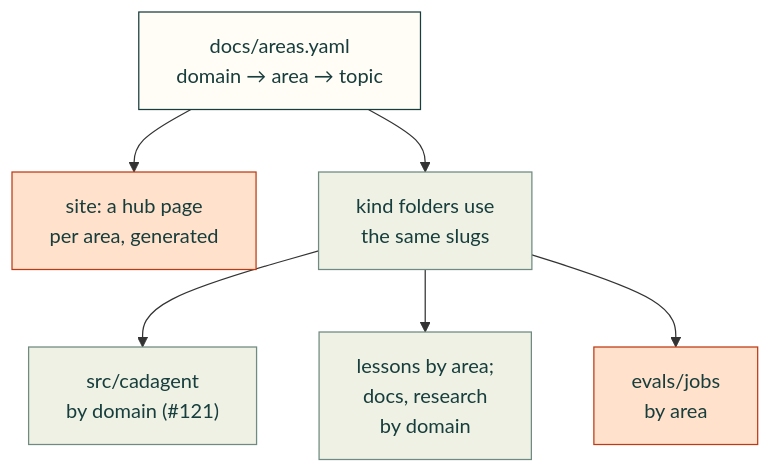
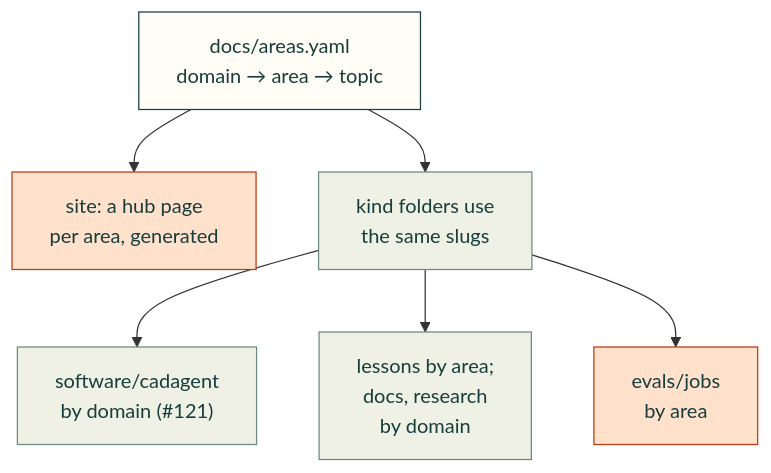
One commit to Valpatel/cad-agent changed the fifth of 5 diagrams in docs/vision.md. Above: the diagram before and after it, drawn with Mermaid. The commit also changed other lines of this file and 5109 other files, not shown here.

````diff
--- a/docs/vision.md
+++ b/docs/vision.md
@@ -257,14 +257,14 @@
 ```mermaid
 flowchart TD
     T["docs/areas.yaml<br/>domain → area → topic"] --> H["site: a hub page<br/>per area, generated"]
     T --> K["kind folders use<br/>the same slugs"]
-    K --> C["src/cadagent<br/>by domain (#121)"]
+    K --> C["software/cadagent<br/>by domain (#121)"]
     K --> L["lessons by area;<br/>docs, research<br/>by domain"]
     K --> E["evals/jobs<br/>by area"]
     class T here
     class H,E out
     class K,C,L near
     classDef here fill:#fffdf5,stroke:#173d3c,color:#173d3c
     classDef near fill:#eef1e4,stroke:#6f8a80,color:#173d3c
     classDef out fill:#ffe1cc,stroke:#bd3a12,color:#173d3c
 ```
````
